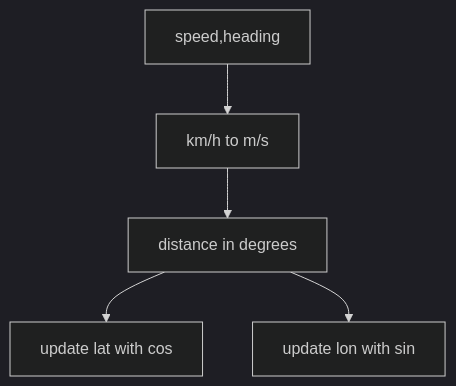
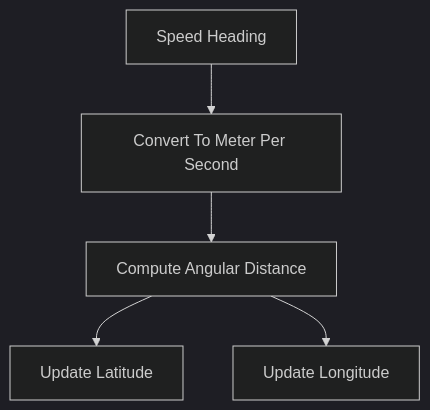
Before and after one commit to smshagor-dev/Next-Gen-Blockchain-for-Vehicle-Security: diagram 16 of 33 in readme.md, drawn with Mermaid (dark theme). The commit also changed other lines of this file and 5 other files, not shown here.

````diff
--- a/readme.md
+++ b/readme.md
@@ -608,7 +613,7 @@
 ```mermaid
 flowchart TD
-    A[speed,heading] --> B[km/h to m/s]
-    B --> C[distance in degrees]
-    C --> D[update lat with cos]
-    C --> E[update lon with sin]
+    A[Speed Heading] --> B[Convert To Meter Per Second]
+    B --> C[Compute Angular Distance]
+    C --> D[Update Latitude]
+    C --> E[Update Longitude]
 ```
````
